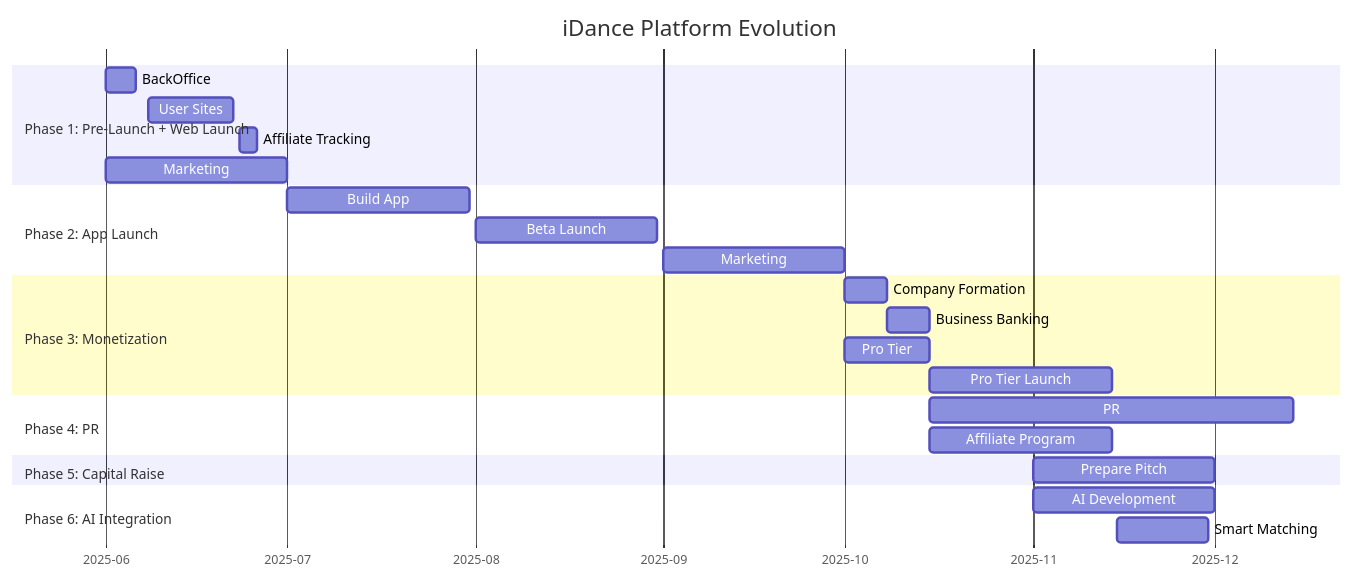
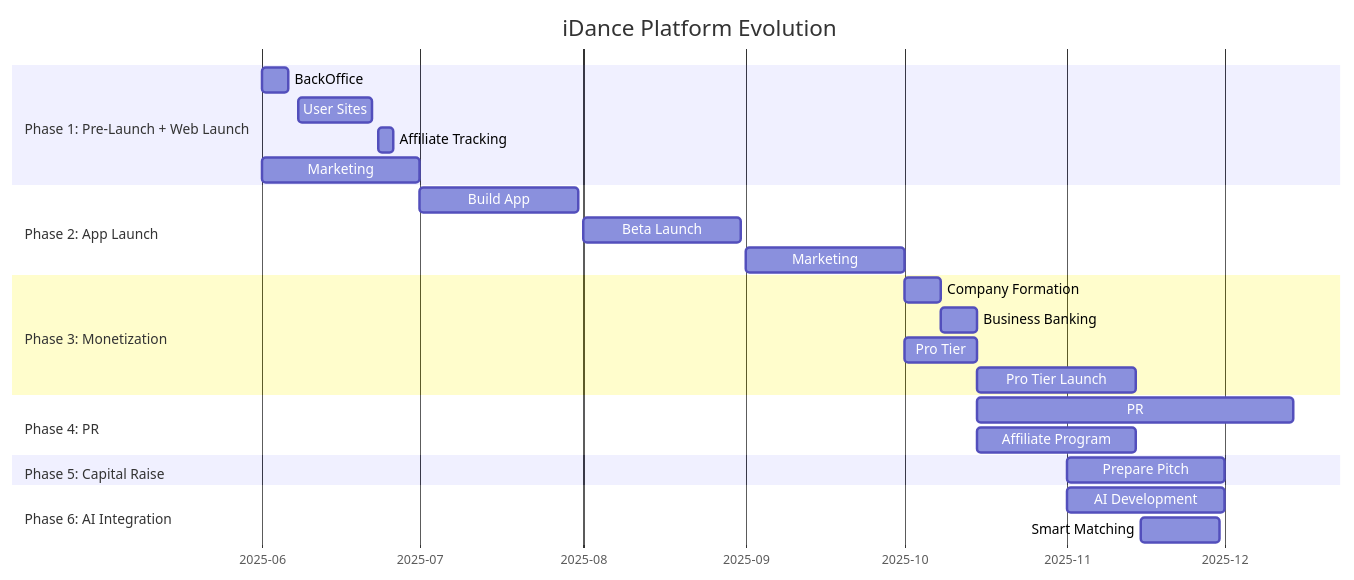
The diagram in roadmap.md (i-live/idance-backend), drawn with Mermaid before and after one commit.

Commit message:
roadmap revamped

````diff
--- a/roadmap.md
+++ b/roadmap.md
@@ -5,34 +5,35 @@
 ```mermaid
 gantt
     title iDance Platform Evolution
     dateFormat YYYY-MM-DD
     axisFormat %Y-%m
+    %%{ init: { 'gantt': {'leftPadding': 200 } } }%%
 
     section Phase 1: Pre-Launch + Web Launch
     BackOffice         :2025-06-01, 5d
     User Sites         :2025-06-08, 14d
     Affiliate Tracking :2025-06-23, 3d
     Marketing         :2025-06-01, 30d
 
     section Phase 2: App Launch
     Build App         :2025-07-01, 30d
     Beta Launch       :2025-08-01, 30d
     Marketing         :2025-09-01, 30d
 
     section Phase 3: Monetization
     Company Formation :2025-10-01, 7d
     Business Banking  :2025-10-08, 7d
     Pro Tier         :2025-10-01, 14d
     Pro Tier Launch  :2025-10-15, 30d
 
     section Phase 4: PR
     PR               :2025-10-15, 60d
     Affiliate Program:2025-10-15, 30d
 
     section Phase 5: Capital Raise
     Prepare Pitch    :2025-11-01, 30d
 
     section Phase 6: AI Integration
     AI Development   :2025-11-01, 30d
     Smart Matching   :2025-11-15, 15d
 ```
````
